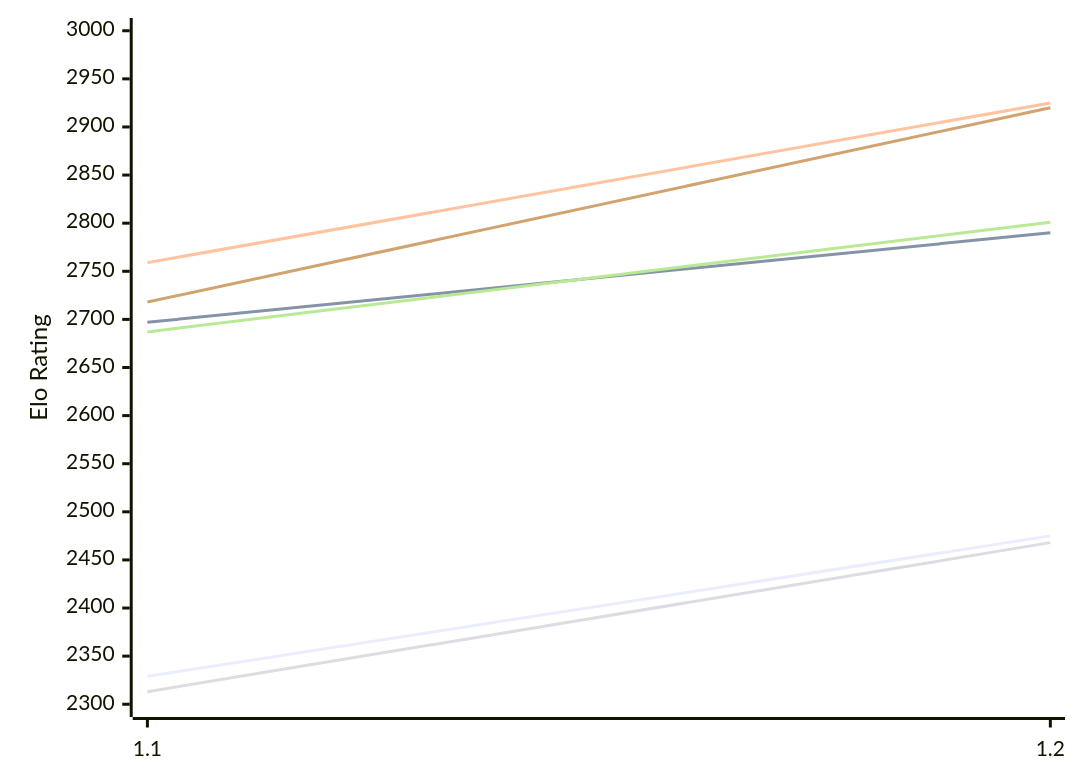
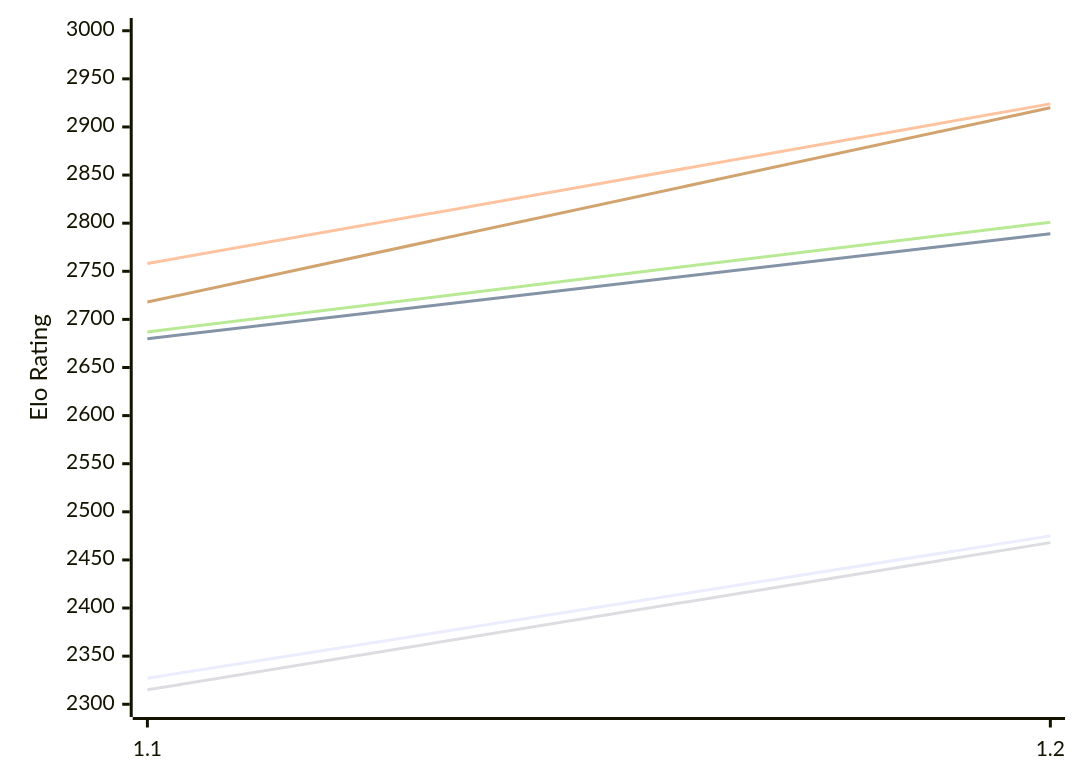
The first of 2 diagrams in engines/FoxChess.md (computer-chess-index/cci), drawn with Mermaid before and after one commit. The commit also changed other lines of this file, not shown here.

Commit message:
Update CCI Ratings (ELO VLTC) - 2026-11-28

````diff
--- a/engines/FoxChess.md
+++ b/engines/FoxChess.md
@@ -51,12 +51,12 @@
 ```mermaid
 %%{init: {"theme":"base","themeVariables":{"seriesColors:['#a3a3a3','#222221','#faa371']}}}%%
 xychart-beta
   x-axis ["1.1", "1.2"]
   y-axis "Elo Rating" 2300 --> 3000
-  line "E1: STC (8.0+0.08s)" [2329, 2475]
-  line "E1: LTC (60.0+0.60s)" [2697, 2790]
-  line "E1: VLTC (2m24s+1.12s)" [2759, 2925]
-  line "P1: STC (8.0+0.08s)" [2313, 2468]
+  line "E1: STC (8.0+0.08s)" [2327, 2475]
+  line "E1: LTC (60.0+0.60s)" [2680, 2789]
+  line "E1: VLTC (2m24s+1.12s)" [2758, 2924]
+  line "P1: STC (8.0+0.08s)" [2315, 2468]
   line "P1: LTC (60.0+0.60s)" [2687, 2801]
   line "P1: VLTC (2m24s+1.12s)" [2718, 2920]
 ```
````
